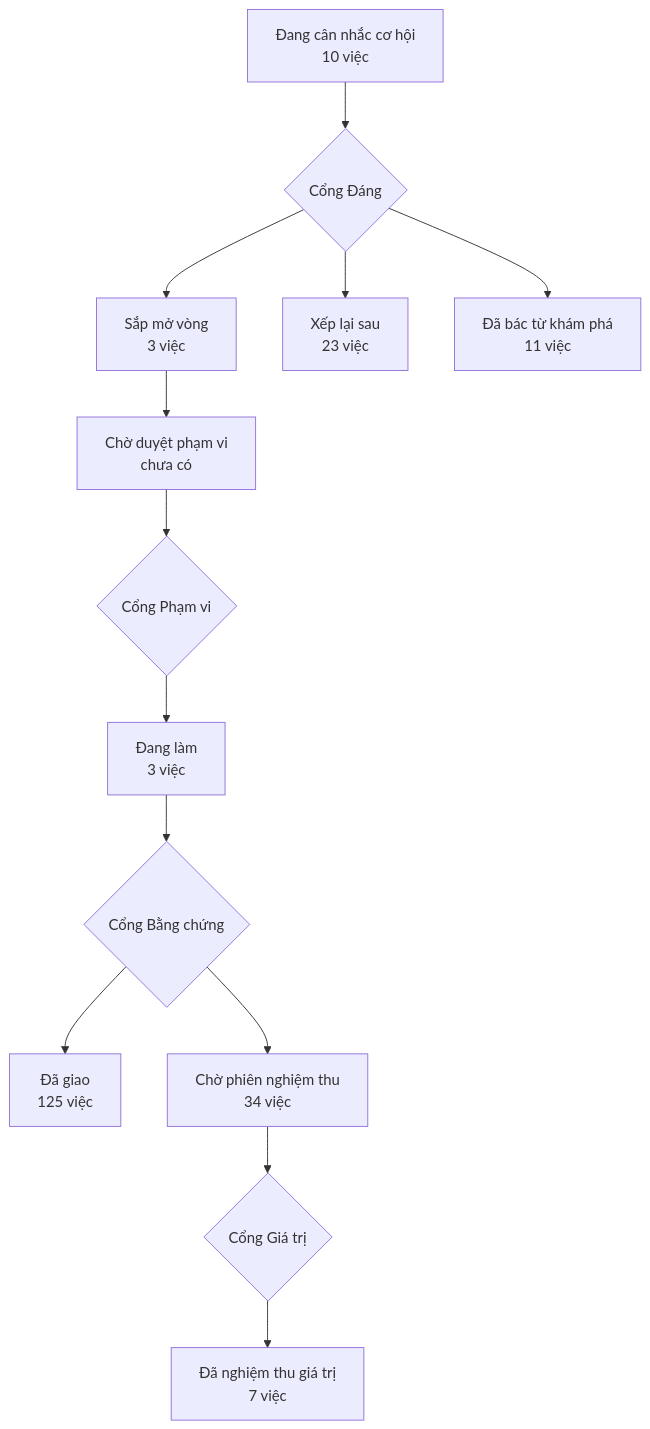
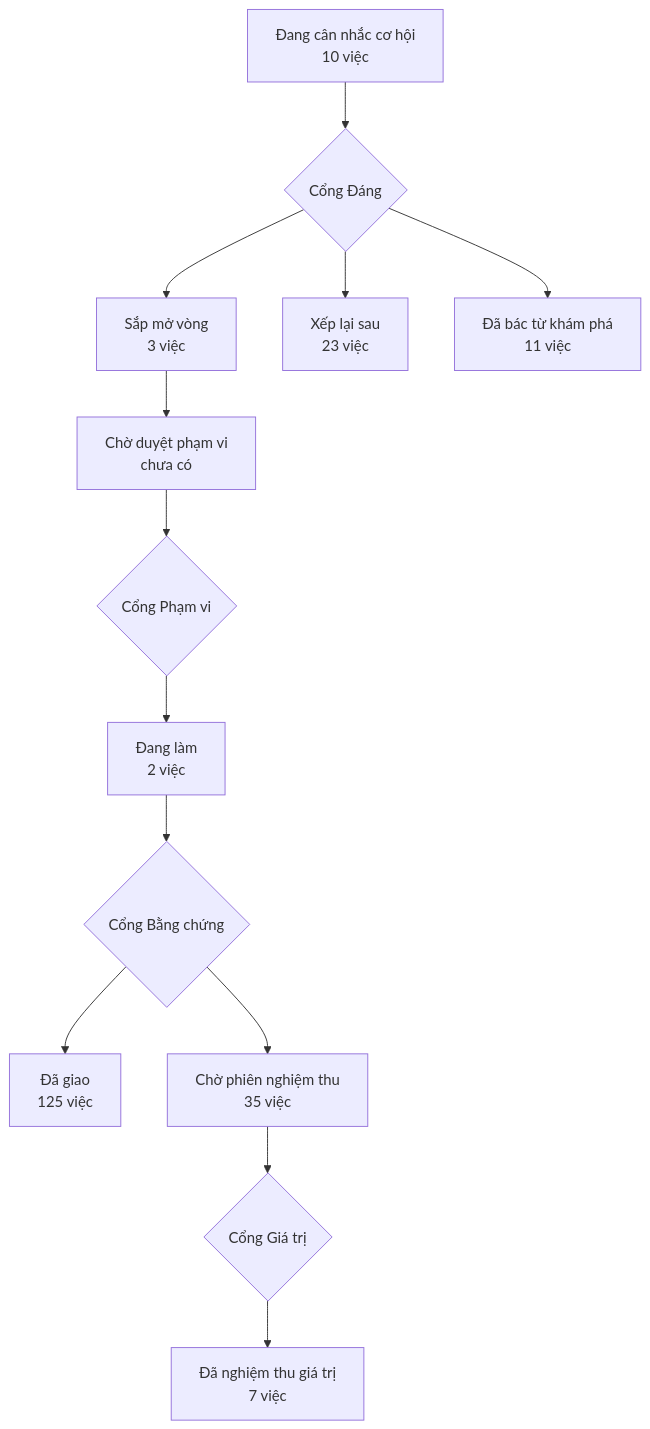
One commit to phanlemanh/acceptance-gate-kit changed the diagram in PRODUCT-MAP.md. Above: the diagram before and after it, drawn with Mermaid. The commit also changed 5 other files, not shown here.

````diff
--- a/PRODUCT-MAP.md
+++ b/PRODUCT-MAP.md
@@ -7,12 +7,12 @@
 ```mermaid
 flowchart TD
   A["Đang cân nhắc cơ hội<br/>10 việc"] --> GD{"Cổng Đáng"}
   GD --> B["Sắp mở vòng<br/>3 việc"]
   GD --> XL["Xếp lại sau<br/>23 việc"]
   GD --> DB["Đã bác từ khám phá<br/>11 việc"]
   B --> CD["Chờ duyệt phạm vi<br/>chưa có"] --> GP{"Cổng Phạm vi"}
-  GP --> DL["Đang làm<br/>3 việc"] --> GB{"Cổng Bằng chứng"}
+  GP --> DL["Đang làm<br/>2 việc"] --> GB{"Cổng Bằng chứng"}
   GB --> DG["Đã giao<br/>125 việc"]
-  GB --> CN["Chờ phiên nghiệm thu<br/>34 việc"] --> GG{"Cổng Giá trị"}
+  GB --> CN["Chờ phiên nghiệm thu<br/>35 việc"] --> GG{"Cổng Giá trị"}
   GG --> NT["Đã nghiệm thu giá trị<br/>7 việc"]
 ```
````
